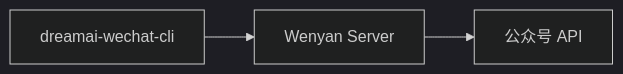
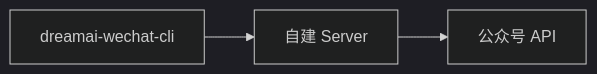
The second of 2 diagrams in README.md (iamtornado/dreamai-wechat-cli), drawn with Mermaid (dark theme) before and after one commit. The commit also changed other lines of this file, not shown here.

Commit message:
refactor: update README to clarify project purpose, installation instructions, and command usage for dreamai-wechat-cli

````diff
--- a/README.md
+++ b/README.md
@@ -173,4 +128,4 @@
 ```mermaid
 flowchart LR
-    CLI[dreamai-wechat-cli] --> Server[Wenyan Server] --> Wechat[公众号 API]
+    CLI[dreamai-wechat-cli] --> Server[自建 Server] --> Wechat[公众号 API]
 ```
````
